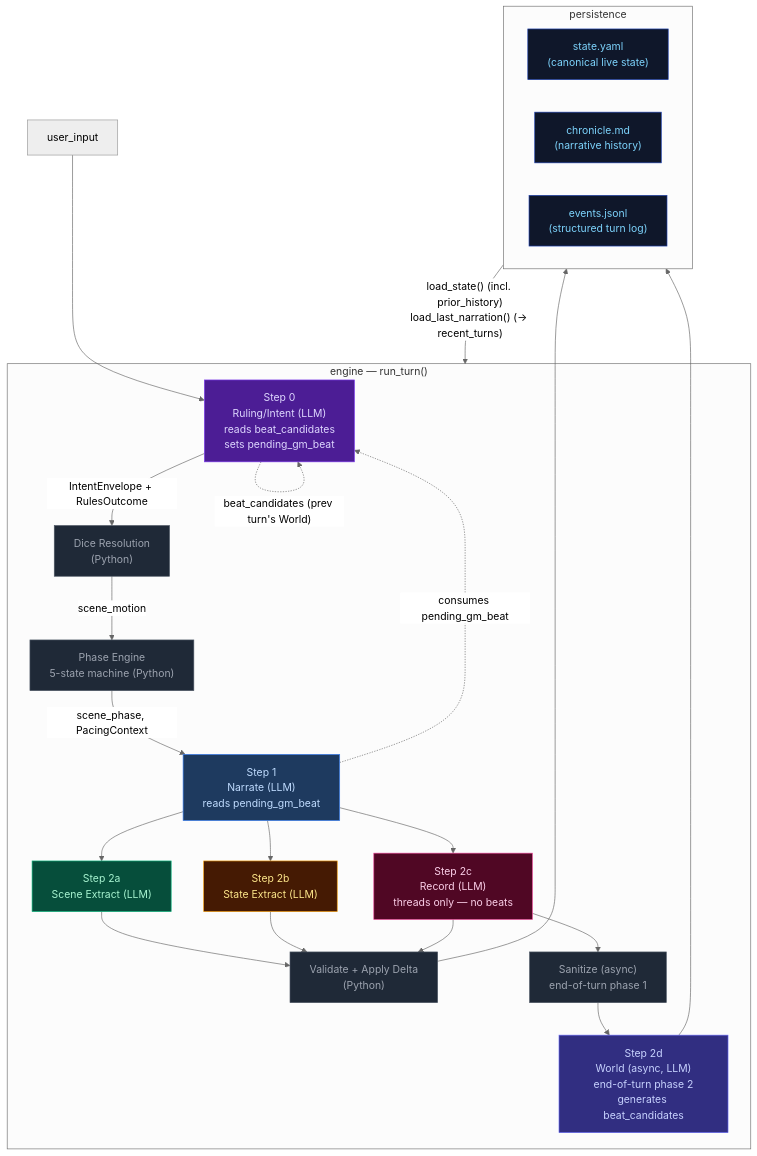
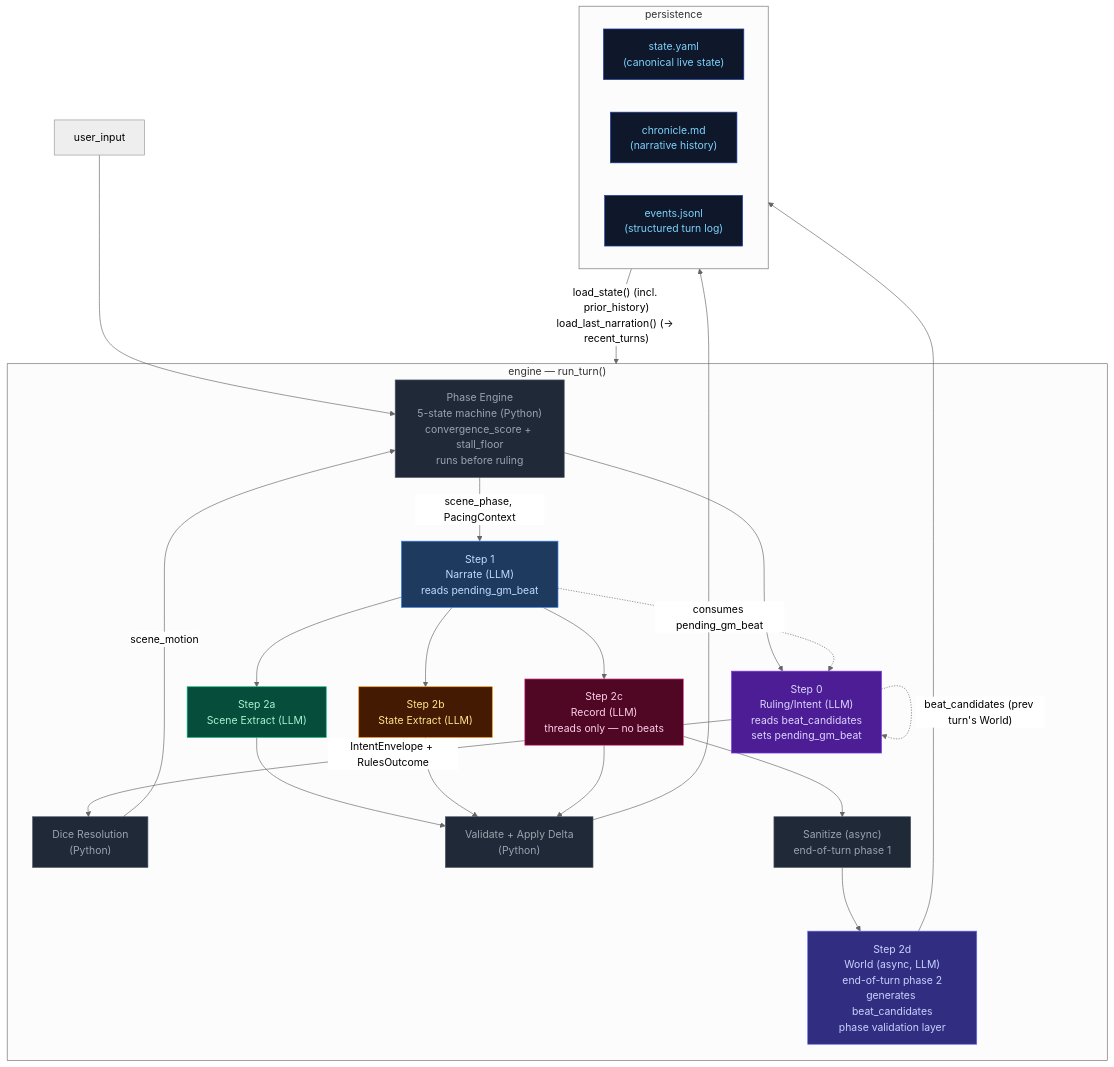
The diagram in docs/architecture/OVERVIEW.md (pww217/fablethread), drawn with Mermaid (neutral theme) before and after one commit. The commit also changed other lines of this file and 115 other files, not shown here.

First line of the commit message:
convergence-proactive-plan: beat pipeline simplification, pacing overhaul, and location detection fixes (#8)

````diff
--- a/docs/architecture/OVERVIEW.md
+++ b/docs/architecture/OVERVIEW.md
@@ -11,45 +11,46 @@
 ```mermaid
 flowchart TD
     classDef stageRules    fill:#4c1d95,color:#ddd6fe,stroke:#7c3aed
     classDef stageNarrate  fill:#1e3a5f,color:#bfdbfe,stroke:#3b82f6
     classDef stageScene    fill:#064e3b,color:#a7f3d0,stroke:#10b981
     classDef stageState    fill:#451a03,color:#fde68a,stroke:#f59e0b
     classDef stageProgress fill:#500724,color:#fbcfe8,stroke:#ec4899
     classDef stageWorld    fill:#312e81,color:#c7d2fe,stroke:#6366f1
     classDef storageNode   fill:#0f172a,color:#7dd3fc,stroke:#1e40af
     classDef pyNode        fill:#1f2937,color:#9ca3af,stroke:#4b5563
 
     USER["user_input"]
 
     subgraph ENGINE["engine — run_turn()"]
+        PHASE["Phase Engine<br>5-state machine (Python)<br>convergence_score + stall_floor<br>runs before ruling"]:::pyNode
         STEP0["Step 0<br>Ruling/Intent (LLM)<br>reads beat_candidates<br>sets pending_gm_beat"]:::stageRules
         DICE["Dice Resolution<br>(Python)"]:::pyNode
-        PHASE["Phase Engine<br>5-state machine (Python)"]:::pyNode
         STEP1["Step 1<br>Narrate (LLM)<br>reads pending_gm_beat"]:::stageNarrate
         STEP2A["Step 2a<br>Scene Extract (LLM)"]:::stageScene
         STEP2B["Step 2b<br>State Extract (LLM)"]:::stageState
         STEP2C["Step 2c<br>Record (LLM)<br>threads only — no beats"]:::stageProgress
         VALIDATE["Validate + Apply Delta<br>(Python)"]:::pyNode
         SANITIZE["Sanitize (async)<br>end-of-turn phase 1"]:::pyNode
-        STEP2D["Step 2d<br>World (async, LLM)<br>end-of-turn phase 2<br>generates beat_candidates"]:::stageWorld
+        STEP2D["Step 2d<br>World (async, LLM)<br>end-of-turn phase 2<br>generates beat_candidates<br>phase validation layer"]:::stageWorld
     end
 
     subgraph PERSISTENCE["persistence"]
         STATE["state.yaml<br>(canonical live state)"]:::storageNode
         CHRONICLE["chronicle.md<br>(narrative history)"]:::storageNode
         EVENTS["events.jsonl<br>(structured turn log)"]:::storageNode
     end
 
-    USER --> STEP0
+    USER --> PHASE
+    PHASE --> STEP0
     STEP0 -- "IntentEnvelope + RulesOutcome" --> DICE
     DICE -- "scene_motion" --> PHASE
     PHASE -- "scene_phase, PacingContext" --> STEP1
     STEP1 --> STEP2A & STEP2B & STEP2C
     STEP2A & STEP2B & STEP2C --> VALIDATE
     VALIDATE --> PERSISTENCE
     STEP0 -. "beat_candidates (prev turn's World)" .-> STEP0
     PERSISTENCE -- "load_state() (incl. prior_history)<br>load_last_narration() (→ recent_turns)" --> ENGINE
     STEP1 -. "consumes pending_gm_beat" .-> STEP0
     STEP2C --> SANITIZE --> STEP2D
     STEP2D --> PERSISTENCE
 ```
````
